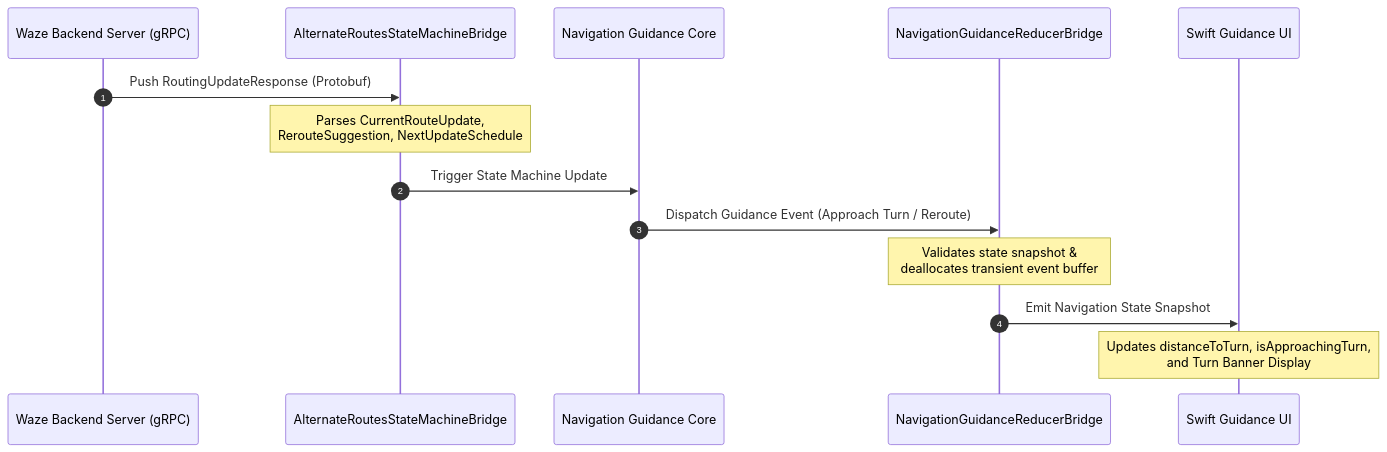
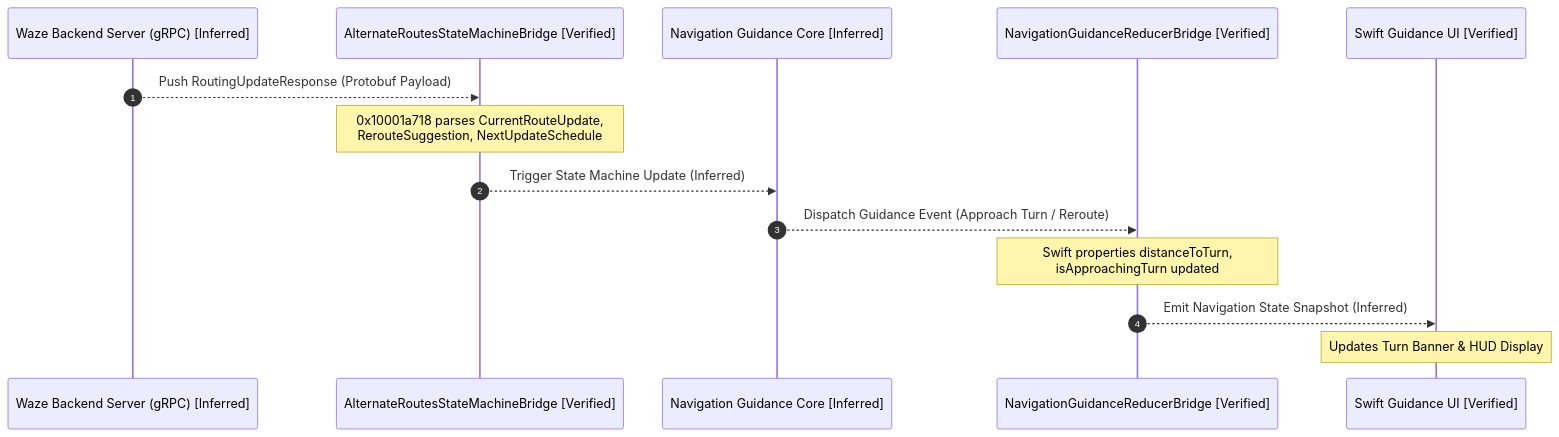
Before and after one commit to ysiduc/waze: the third of 4 diagrams in diagrams/architecture.md, drawn with Mermaid. The commit also changed other lines of this file and 10 other files, not shown here.

````diff
--- a/diagrams/architecture.md
+++ b/diagrams/architecture.md
@@ -97,17 +102,17 @@
 ```mermaid
 sequenceDiagram
     autonumber
-    participant Server as Waze Backend Server (gRPC)
-    participant AltBridge as AlternateRoutesStateMachineBridge
-    participant CoreNav as Navigation Guidance Core
-    participant Reducer as NavigationGuidanceReducerBridge
-    participant SwiftUI as Swift Guidance UI
+    participant Server as Waze Backend Server (gRPC) [Inferred]
+    participant AltBridge as AlternateRoutesStateMachineBridge [Verified]
+    participant CoreNav as Navigation Guidance Core [Inferred]
+    participant Reducer as NavigationGuidanceReducerBridge [Verified]
+    participant SwiftUI as Swift Guidance UI [Verified]
 
-    Server->>AltBridge: Push RoutingUpdateResponse (Protobuf)
-    Note over AltBridge: Parses CurrentRouteUpdate,<br/>RerouteSuggestion, NextUpdateSchedule
-    AltBridge->>CoreNav: Trigger State Machine Update
-    CoreNav->>Reducer: Dispatch Guidance Event (Approach Turn / Reroute)
-    Note over Reducer: Validates state snapshot &<br/>deallocates transient event buffer
-    Reducer->>SwiftUI: Emit Navigation State Snapshot
-    Note over SwiftUI: Updates distanceToTurn, isApproachingTurn,<br/>and Turn Banner Display
+    Server-->>AltBridge: Push RoutingUpdateResponse (Protobuf Payload)
+    Note over AltBridge: 0x10001a718 parses CurrentRouteUpdate,<br/>RerouteSuggestion, NextUpdateSchedule
+    AltBridge-->>CoreNav: Trigger State Machine Update (Inferred)
+    CoreNav-->>Reducer: Dispatch Guidance Event (Approach Turn / Reroute)
+    Note over Reducer: Swift properties distanceToTurn,<br/>isApproachingTurn updated
+    Reducer-->>SwiftUI: Emit Navigation State Snapshot (Inferred)
+    Note over SwiftUI: Updates Turn Banner & HUD Display
 ```
````
